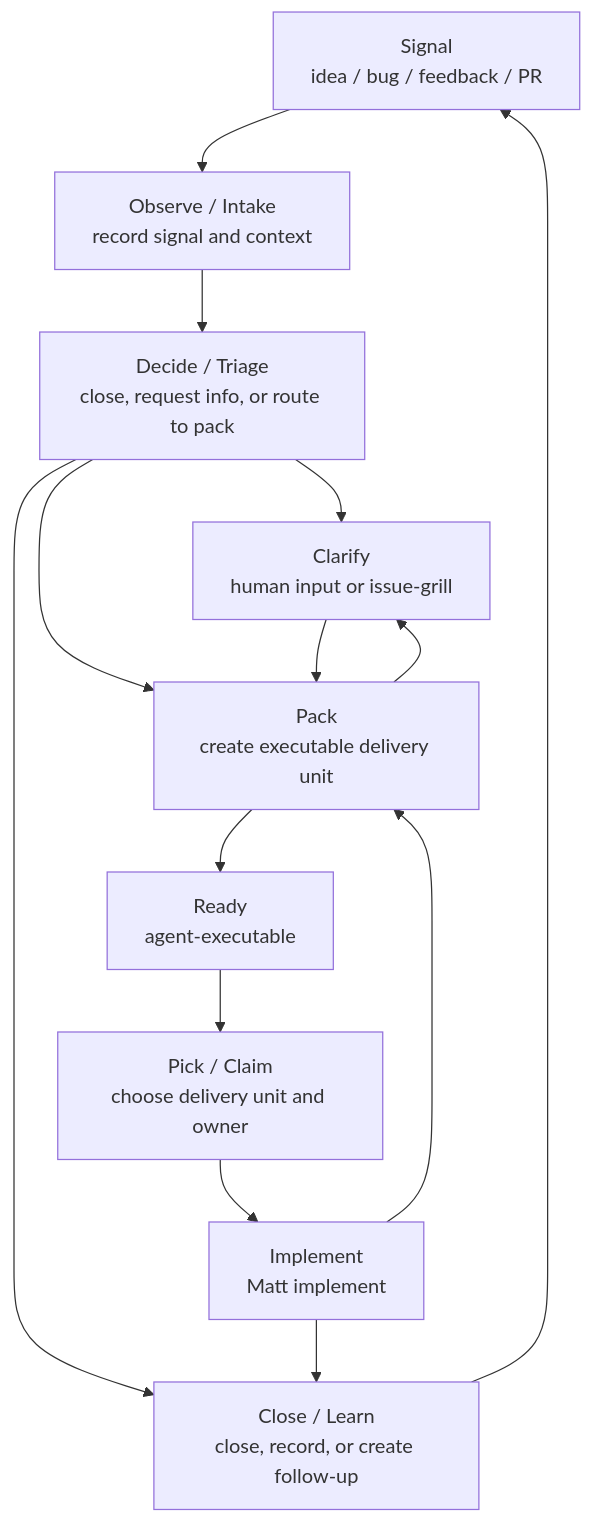
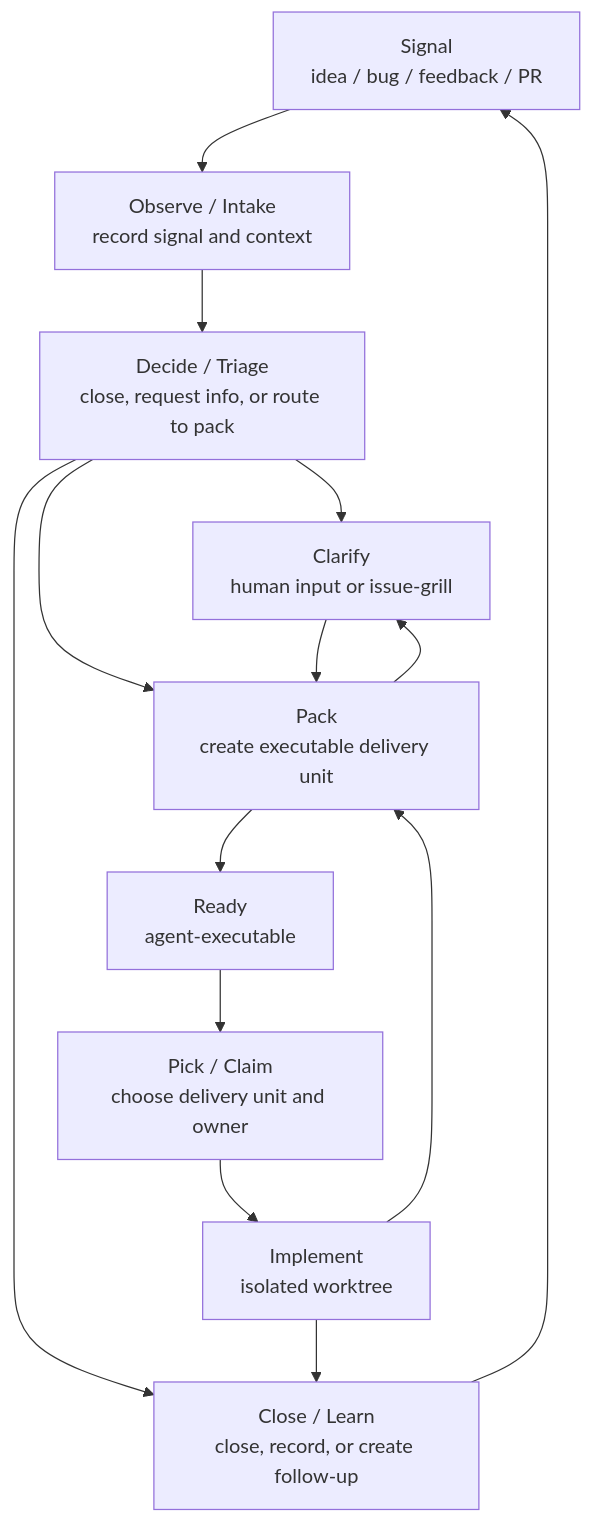
Before and after one commit to Andiedie/skills: the diagram in skills/ai-native-development/docs/delivery-loop.md, drawn with Mermaid. The commit also changed other lines of this file and 14 other files, not shown here.

````diff
--- a/skills/ai-native-development/docs/delivery-loop.md
+++ b/skills/ai-native-development/docs/delivery-loop.md
@@ -73,26 +78,26 @@
 ```mermaid
 flowchart TD
   Signal["Signal<br/>idea / bug / feedback / PR"]
   Intake["Observe / Intake<br/>record signal and context"]
   Triage["Decide / Triage<br/>close, request info, or route to pack"]
   Info["Clarify<br/>human input or issue-grill"]
   Pack["Pack<br/>create executable delivery unit"]
   Ready["Ready<br/>agent-executable"]
   Claim["Pick / Claim<br/>choose delivery unit and owner"]
-  Implement["Implement<br/>Matt implement"]
+  Implement["Implement<br/>isolated worktree"]
   Closed["Close / Learn<br/>close, record, or create follow-up"]
 
   Signal --> Intake
   Intake --> Triage
   Triage --> Closed
   Triage --> Info
   Triage --> Pack
   Info --> Pack
   Pack --> Info
   Pack --> Ready
   Ready --> Claim
   Claim --> Implement
   Implement --> Pack
   Implement --> Closed
   Closed --> Signal
 ```
````
